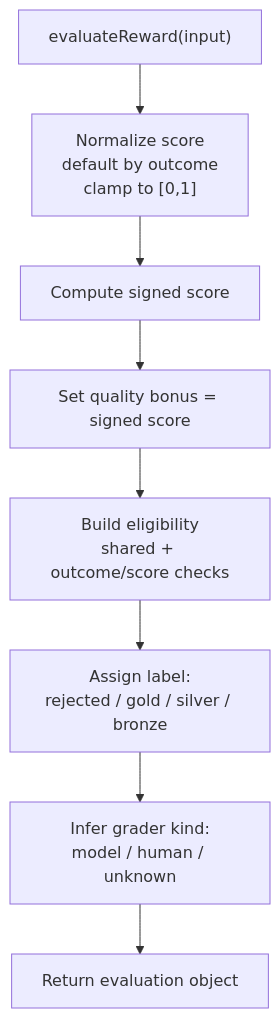
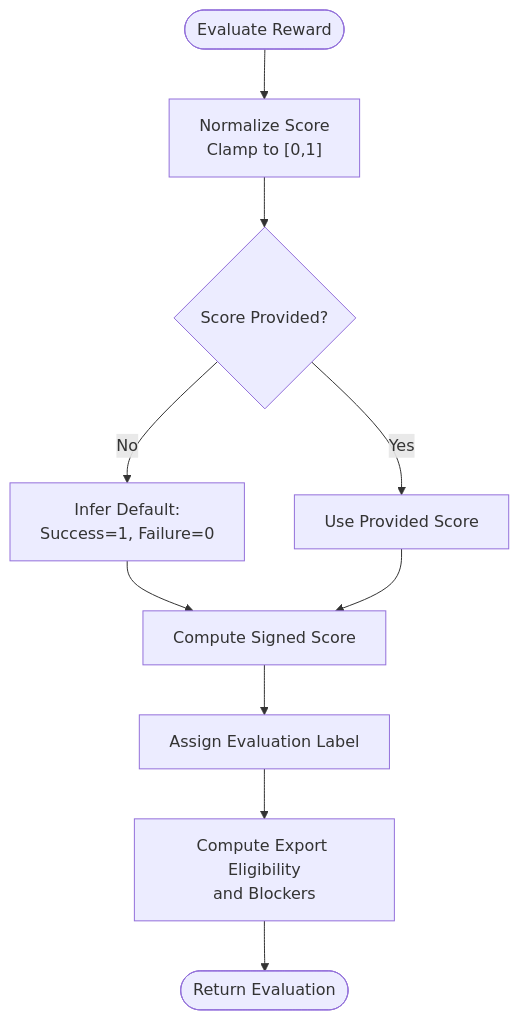
Before and after one commit to SquadRules/mcp: the third of 7 diagrams in .qoder/repowiki/en/content/MCP Tools Reference/Reward Tool.md, drawn with Mermaid. The commit also changed other lines of this file and 553 other files, not shown here.

````diff
--- a/.qoder/repowiki/en/content/MCP Tools Reference/Reward Tool.md
+++ b/.qoder/repowiki/en/content/MCP Tools Reference/Reward Tool.md
@@ -182,10 +227,12 @@
 ```mermaid
 flowchart TD
-Input["evaluateReward(input)"] --> Normalize["Normalize score<br/>default by outcome<br/>clamp to [0,1]"]
-Normalize --> Signed["Compute signed score"]
-Signed --> Bonus["Set quality bonus = signed score"]
-Bonus --> Eligibility["Build eligibility<br/>shared + outcome/score checks"]
-Eligibility --> Label["Assign label:<br/>rejected / gold / silver / bronze"]
-Label --> Kind["Infer grader kind:<br/>model / human / unknown"]
-Kind --> Output["Return evaluation object"]
+Start(["Evaluate Reward"]) --> Normalize["Normalize Score<br/>Clamp to [0,1]"]
+Normalize --> Default{"Score Provided?"}
+Default --> |No| InferDefault["Infer Default:<br/>Success=1, Failure=0"]
+Default --> |Yes| KeepScore["Use Provided Score"]
+InferDefault --> Signed["Compute Signed Score"]
+KeepScore --> Signed
+Signed --> Label["Assign Evaluation Label"]
+Label --> Eligibility["Compute Export Eligibility<br/>and Blockers"]
+Eligibility --> End(["Return Evaluation"])
 ```
````
